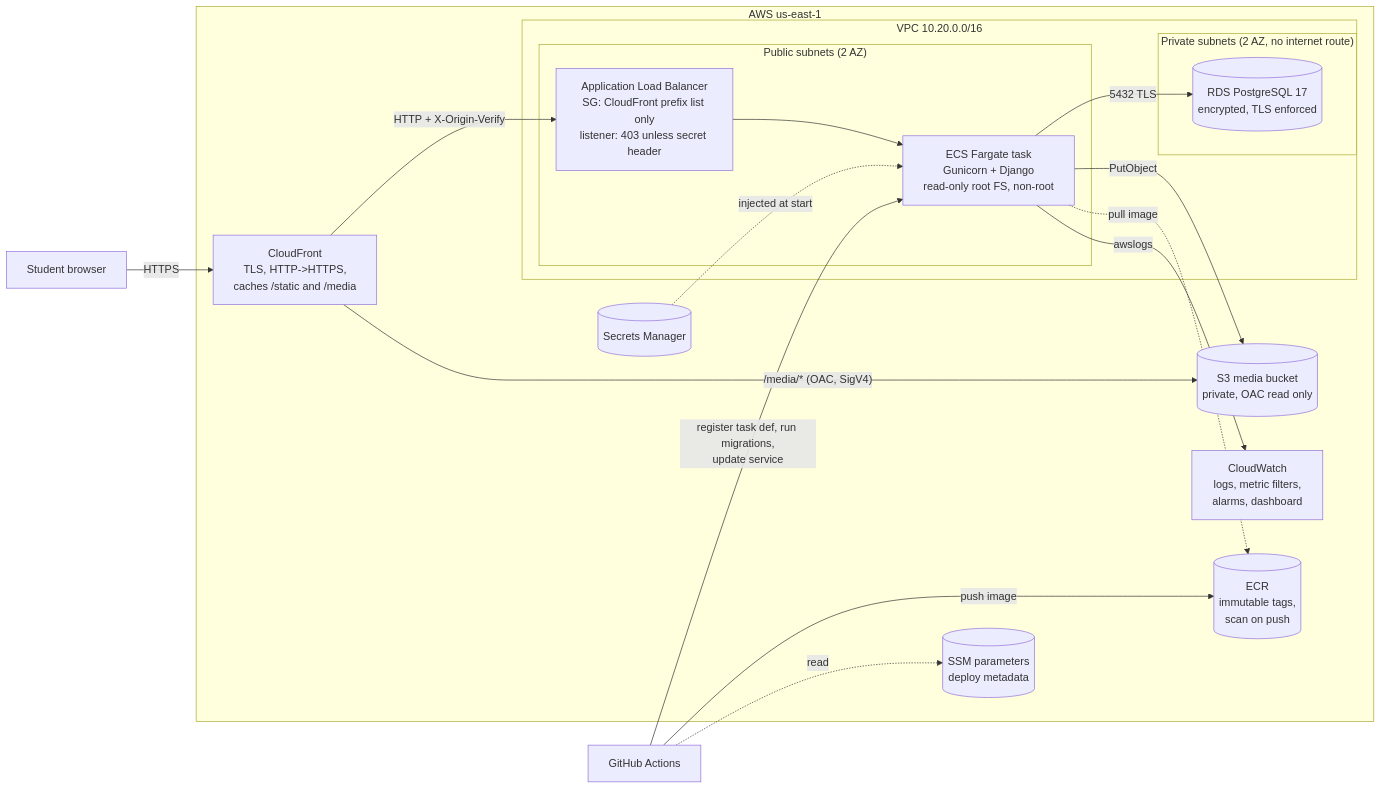
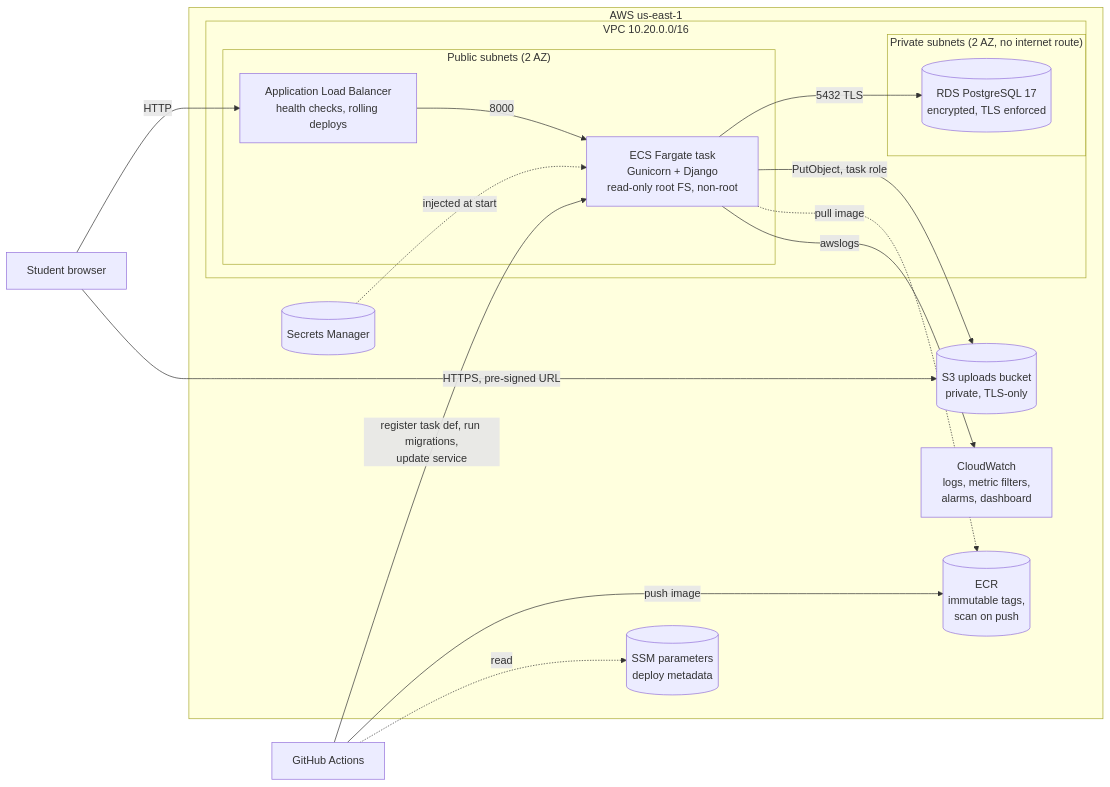
One commit to rayenmabrouk/EPIConnect changed the second of 3 diagrams in docs/ARCHITECTURE.md. Above: the diagram before and after it, drawn with Mermaid. The commit also changed other lines of this file and 7 other files, not shown here.

First line of the commit message:
docs: describe the architecture actually deployed in AWS Academy

````diff
--- a/docs/ARCHITECTURE.md
+++ b/docs/ARCHITECTURE.md
@@ -85,31 +85,30 @@
 ```mermaid
 flowchart LR
-    user["Student browser"] -->|HTTPS| cf
+    user["Student browser"] -->|HTTP| alb
+    user -->|"HTTPS, pre-signed URL"| s3
     subgraph aws["AWS us-east-1"]
-        cf["CloudFront<br/>TLS, HTTP->HTTPS,<br/>caches /static and /media"]
         subgraph vpc["VPC 10.20.0.0/16"]
             subgraph pub["Public subnets (2 AZ)"]
-                alb["Application Load Balancer<br/>SG: CloudFront prefix list only<br/>listener: 403 unless secret header"]
+                alb["Application Load Balancer<br/>health checks, rolling deploys"]
                 task["ECS Fargate task<br/>Gunicorn + Django<br/>read-only root FS, non-root"]
             end
             subgraph priv["Private subnets (2 AZ, no internet route)"]
                 rds[("RDS PostgreSQL 17<br/>encrypted, TLS enforced")]
             end
         end
-        s3[("S3 media bucket<br/>private, OAC read only")]
+        s3[("S3 uploads bucket<br/>private, TLS-only")]
         ecr[("ECR<br/>immutable tags,<br/>scan on push")]
         sm[("Secrets Manager")]
         cw["CloudWatch<br/>logs, metric filters,<br/>alarms, dashboard"]
         ssm[("SSM parameters<br/>deploy metadata")]
     end
-    cf -->|"HTTP + X-Origin-Verify"| alb --> task
-    cf -->|"/media/* (OAC, SigV4)"| s3
+    alb -->|8000| task
     task -->|5432 TLS| rds
-    task -->|PutObject| s3
+    task -->|PutObject, task role| s3
     task -. pull image .-> ecr
     sm -. injected at start .-> task
     task -->|awslogs| cw
     gha["GitHub Actions"] -->|push image| ecr
     gha -->|register task def, run migrations,<br/>update service| task
     gha -. read .-> ssm
 ```
````
